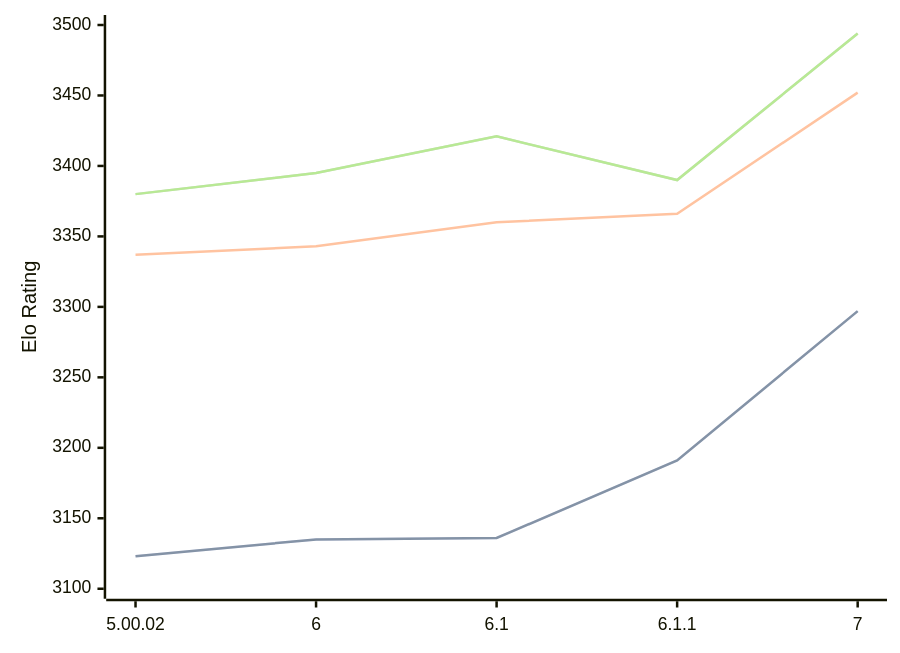
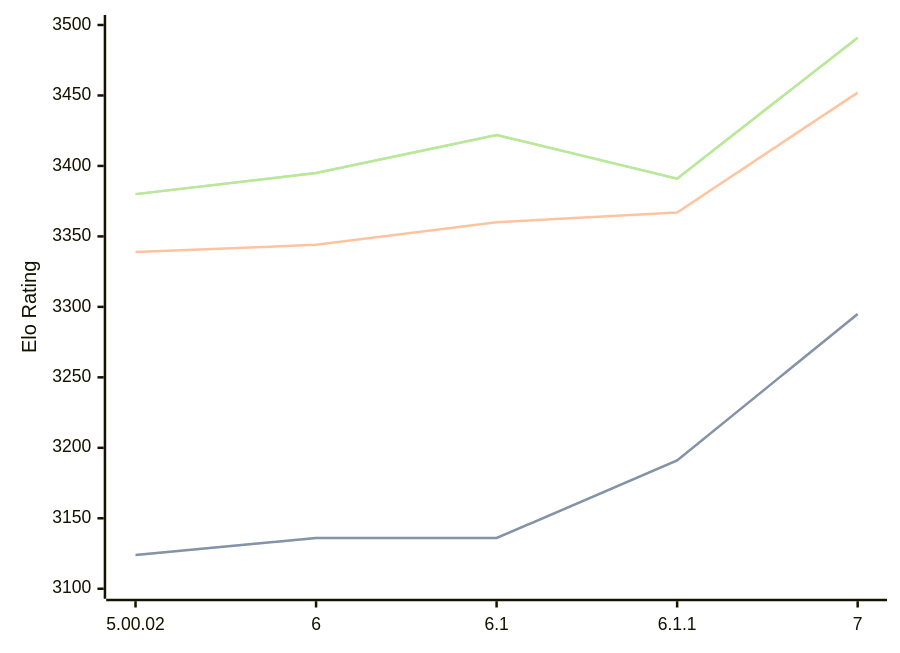
One commit to computer-chess-index/cci changed the diagram in engines/Zangdar.md. Above: the diagram before and after it, drawn with Mermaid. The commit also changed other lines of this file, not shown here.

Commit message:
Update CCI Ratings (ELO VLTC) - 2026-07-25

````diff
--- a/engines/Zangdar.md
+++ b/engines/Zangdar.md
@@ -47,11 +47,11 @@
 ```mermaid
 %%{init: {"theme":"base","themeVariables":{"seriesColors:['#a3a3a3','#222221','#faa371']}}}%%
 xychart-beta
   x-axis ["5.00.02", "6", "6.1", "6.1.1", "7"]
   y-axis "Elo Rating" 3100 --> 3500
-  line "STC (8.0+0.08s)" [3123, 3135, 3136, 3191, 3297]
-  line "STC (8.0+0.08s)" [3123, 3135, 3136, 3191, 3297]
-  line "LTC (60.0+0.60s)" [3337, 3343, 3360, 3366, 3452]
-  line "VLTC (2m24s+1.12s)" [3380, 3395, 3421, 3390, 3494]
-  line "VLTC (2m24s+1.12s)" [3380, 3395, 3421, 3390, 3494]
+  line "STC (8.0+0.08s)" [3124, 3136, 3136, 3191, 3295]
+  line "STC (8.0+0.08s)" [3124, 3136, 3136, 3191, 3295]
+  line "LTC (60.0+0.60s)" [3339, 3344, 3360, 3367, 3452]
+  line "VLTC (2m24s+1.12s)" [3380, 3395, 3422, 3391, 3491]
+  line "VLTC (2m24s+1.12s)" [3380, 3395, 3422, 3391, 3491]
 ```
````
